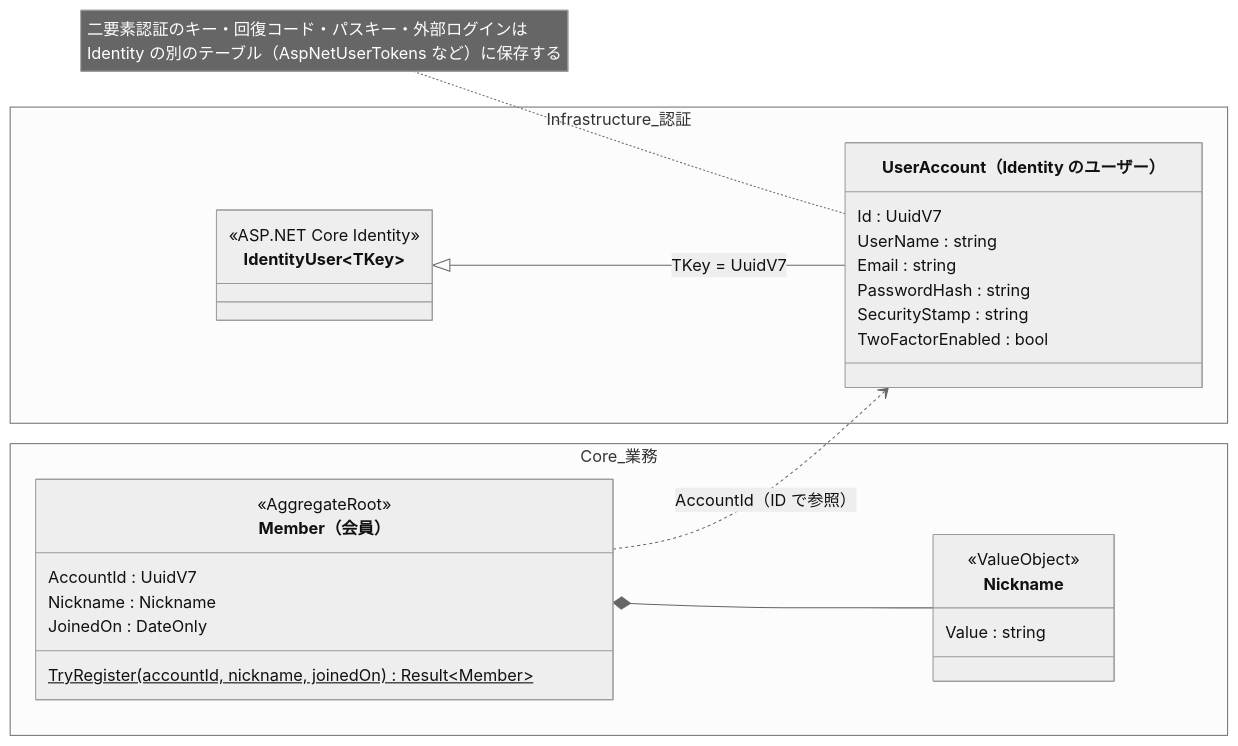
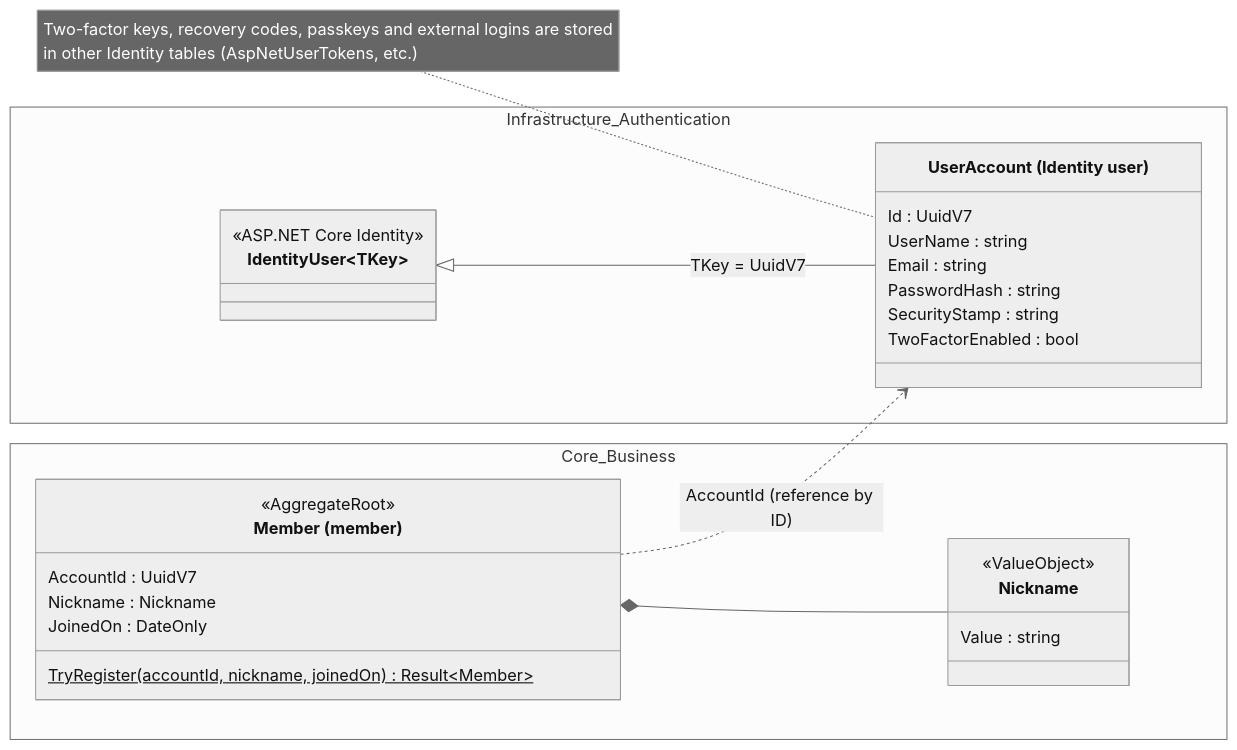
Before and after one commit to sashimi343/D3Fragments: the second of 2 diagrams in demo/02_IdentityIntegration/README.md, drawn with Mermaid (neutral theme). The commit also changed other lines of this file and 87 other files, not shown here.

````diff
--- a/demo/02_IdentityIntegration/README.md
+++ b/demo/02_IdentityIntegration/README.md
@@ -112,37 +112,37 @@
 ```mermaid
 classDiagram
     direction LR
 
-    namespace Infrastructure_認証 {
+    namespace Infrastructure_Authentication {
         class IdentityUser~TKey~ {
             <<ASP.NET Core Identity>>
         }
-        class UserAccount["UserAccount（Identity のユーザー）"] {
+        class UserAccount["UserAccount (Identity user)"] {
             Id : UuidV7
             UserName : string
             Email : string
             PasswordHash : string
             SecurityStamp : string
             TwoFactorEnabled : bool
         }
     }
 
-    namespace Core_業務 {
-        class Member["Member（会員）"] {
+    namespace Core_Business {
+        class Member["Member (member)"] {
             <<AggregateRoot>>
             AccountId : UuidV7
             Nickname : Nickname
             JoinedOn : DateOnly
             TryRegister(accountId, nickname, joinedOn)$ Result~Member~
         }
         class Nickname {
             <<ValueObject>>
             Value : string
         }
     }
 
     IdentityUser <|-- UserAccount : TKey = UuidV7
     Member *-- Nickname
-    Member ..> UserAccount : AccountId（ID で参照）
-    note for UserAccount "二要素認証のキー・回復コード・パスキー・外部ログインは<br/>Identity の別のテーブル（AspNetUserTokens など）に保存する"
+    Member ..> UserAccount : AccountId (reference by ID)
+    note for UserAccount "Two-factor keys, recovery codes, passkeys and external logins are stored<br/>in other Identity tables (AspNetUserTokens, etc.)"
 ```
````
